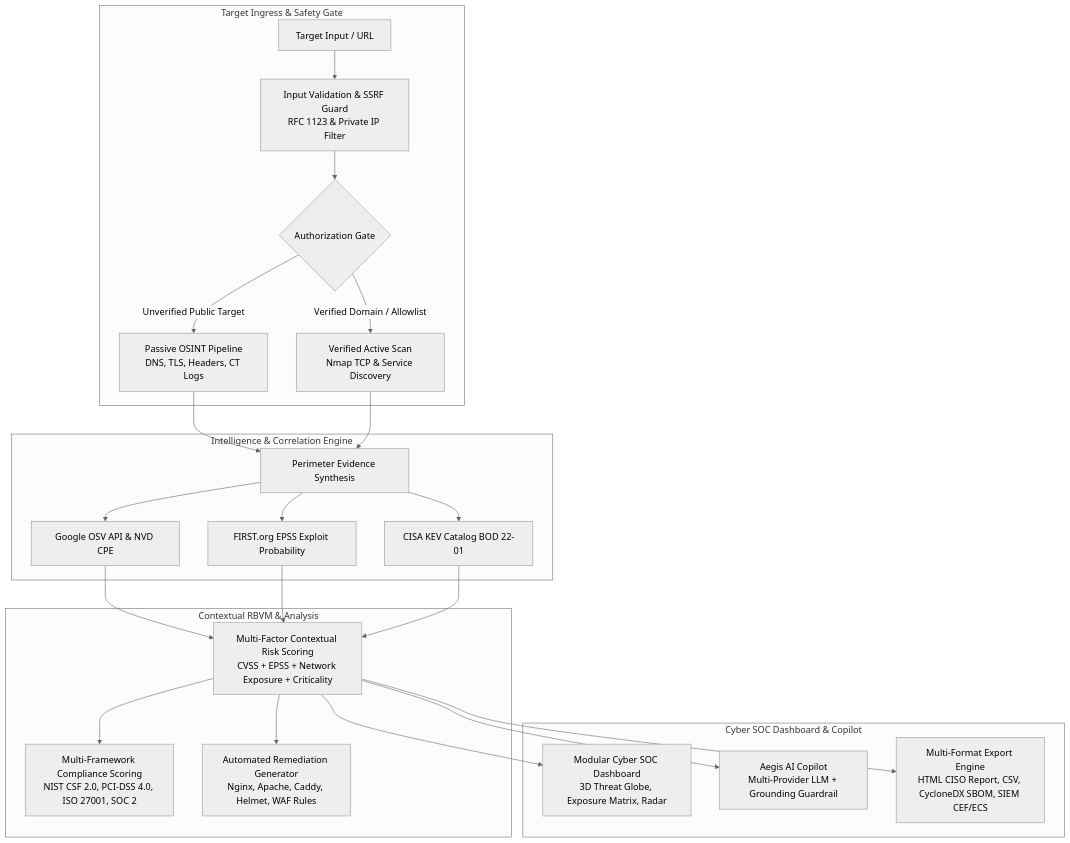
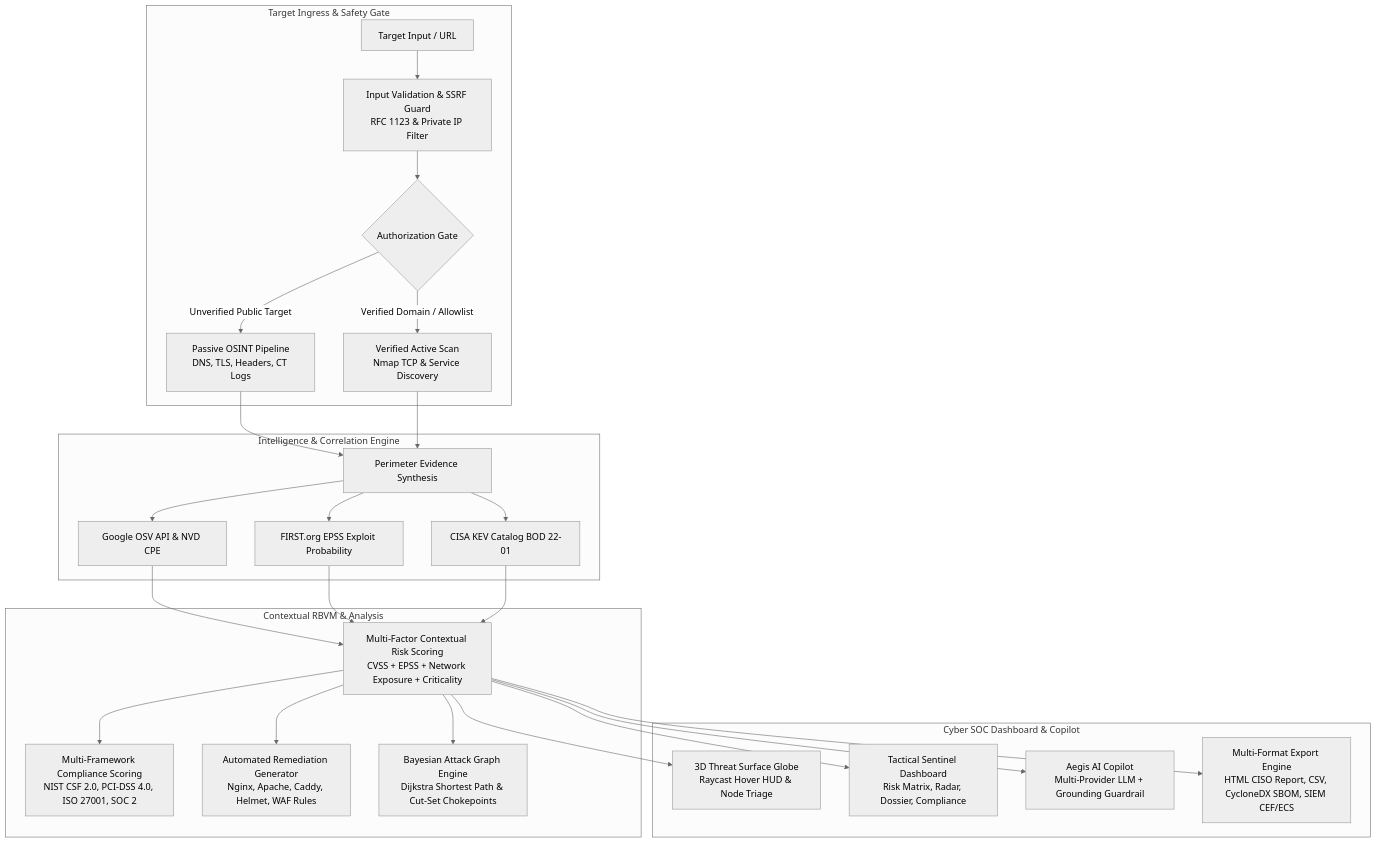
Before and after one commit to ViditSinghal-18/AEGIS-AI: the diagram in README.md, drawn with Mermaid (neutral theme). The commit also changed other lines of this file and 3 other files, not shown here.

Commit message:
fix(ui): synchronize compliance scores with passing controls, unclip exposure matrix chart, and enforce tactical corner reticles

````diff
--- a/README.md
+++ b/README.md
@@ -36,28 +69,30 @@
 ```mermaid
 flowchart TD
     subgraph Target["Target Ingress & Safety Gate"]
         T[Target Input / URL] --> V[Input Validation & SSRF Guard\nRFC 1123 & Private IP Filter]
         V --> G{Authorization Gate}
         G -->|Unverified Public Target| P[Passive OSINT Pipeline\nDNS, TLS, Headers, CT Logs]
         G -->|Verified Domain / Allowlist| A[Verified Active Scan\nNmap TCP & Service Discovery]
     end
 
     subgraph Intel["Intelligence & Correlation Engine"]
         P & A --> C[Perimeter Evidence Synthesis]
         C --> OSV[Google OSV API & NVD CPE]
         C --> EPSS[FIRST.org EPSS Exploit Probability]
         C --> KEV[CISA KEV Catalog BOD 22-01]
     end
 
     subgraph Engine["Contextual RBVM & Analysis"]
         OSV & EPSS & KEV --> Prioritize[Multi-Factor Contextual Risk Scoring\nCVSS + EPSS + Network Exposure + Criticality]
         Prioritize --> Compliance[Multi-Framework Compliance Scoring\nNIST CSF 2.0, PCI-DSS 4.0, ISO 27001, SOC 2]
         Prioritize --> Remediate[Automated Remediation Generator\nNginx, Apache, Caddy, Helmet, WAF Rules]
+        Prioritize --> Graph[Bayesian Attack Graph Engine\nDijkstra Shortest Path & Cut-Set Chokepoints]
     end
 
     subgraph UI["Cyber SOC Dashboard & Copilot"]
-        Prioritize --> Web[Modular Cyber SOC Dashboard\n3D Threat Globe, Exposure Matrix, Radar]
+        Prioritize --> Globe[3D Threat Surface Globe\nRaycast Hover HUD & Node Triage]
+        Prioritize --> Web[Tactical Sentinel Dashboard\nRisk Matrix, Radar, Dossier, Compliance]
         Prioritize --> Copilot[Aegis AI Copilot\nMulti-Provider LLM + Grounding Guardrail]
         Prioritize --> Exports[Multi-Format Export Engine\nHTML CISO Report, CSV, CycloneDX SBOM, SIEM CEF/ECS]
     end
 ```
````
